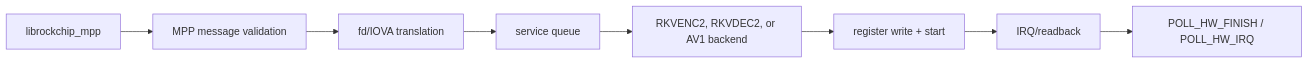
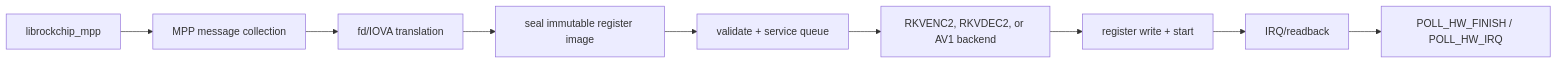
The diagram in kernel-drivers/docs/rewrite-driver-architecture/02-mpp-driver.md (yisding/rock-5b-ysp), drawn with Mermaid before and after one commit. The commit also changed other lines of this file and 13 other files, not shown here.

````diff
--- a/kernel-drivers/docs/rewrite-driver-architecture/02-mpp-driver.md
+++ b/kernel-drivers/docs/rewrite-driver-architecture/02-mpp-driver.md
@@ -11,10 +11,11 @@
 ```mermaid
 flowchart LR
-    L["librockchip_mpp"] --> V["MPP message validation"]
+    L["librockchip_mpp"] --> V["MPP message collection"]
     V --> T["fd/IOVA translation"]
-    T --> Q["service queue"]
+    T --> S["seal immutable register image"]
+    S --> Q["validate + service queue"]
     Q --> B["RKVENC2, RKVDEC2, or AV1 backend"]
     B --> MMIO["register write + start"]
     MMIO --> IRQ["IRQ/readback"]
     IRQ --> POLL["POLL_HW_FINISH / POLL_HW_IRQ"]
 ```
````
